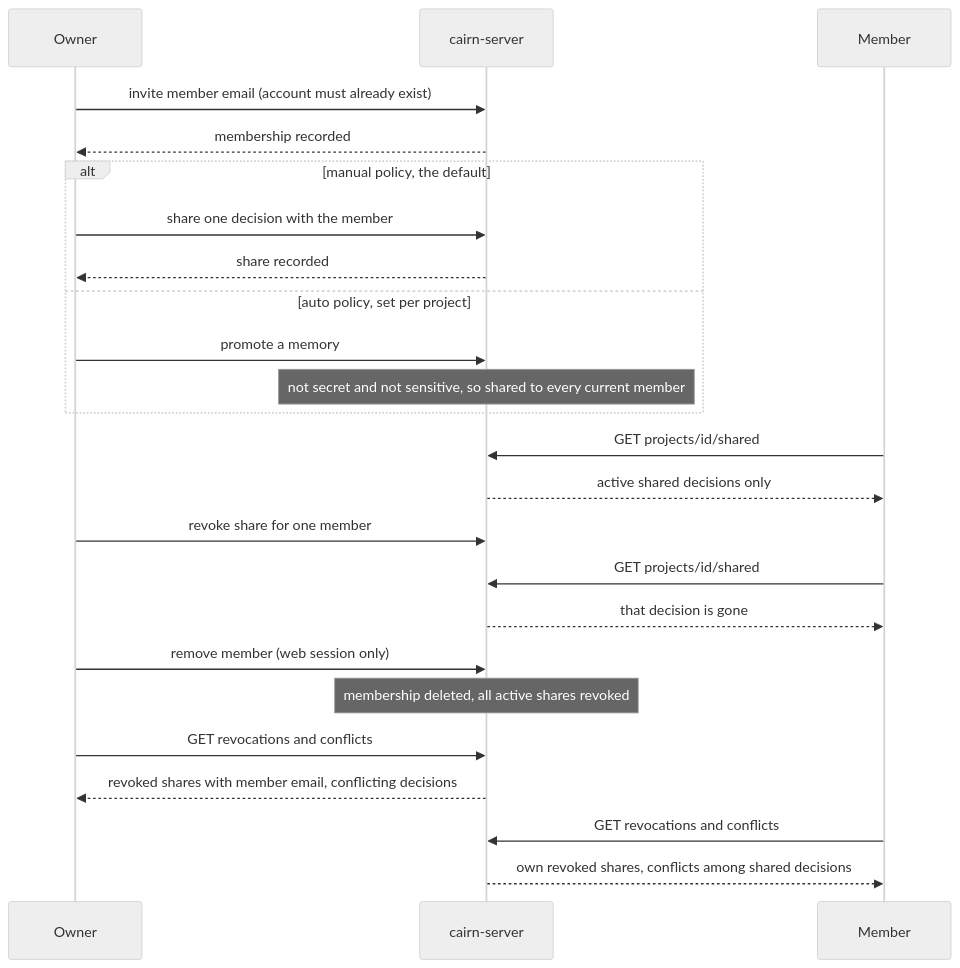
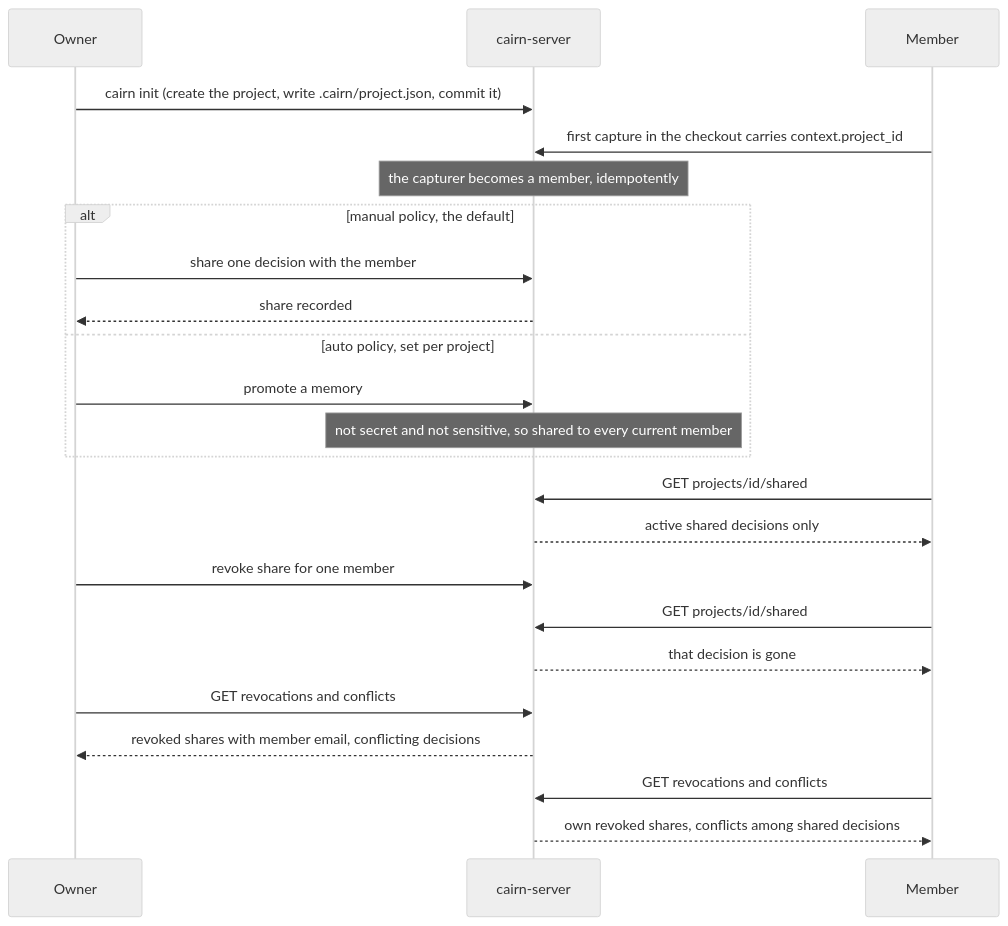
One commit to cunilab/cairn-memory changed the ninth of 17 diagrams in docs/data-flow.md. Above: the diagram before and after it, drawn with Mermaid (neutral theme). The commit also changed other lines of this file and 34 other files, not shown here.

````diff
--- a/docs/data-flow.md
+++ b/docs/data-flow.md
@@ -375,27 +375,26 @@
 ```mermaid
 sequenceDiagram
     participant Own as Owner
     participant Srv as cairn-server
     participant Mem as Member
 
-    Own->>Srv: invite member email (account must already exist)
-    Srv-->>Own: membership recorded
+    Own->>Srv: cairn init (create the project, write .cairn/project.json, commit it)
+    Mem->>Srv: first capture in the checkout carries context.project_id
+    Note over Srv: the capturer becomes a member, idempotently
     alt manual policy, the default
         Own->>Srv: share one decision with the member
         Srv-->>Own: share recorded
     else auto policy, set per project
         Own->>Srv: promote a memory
         Note over Srv: not secret and not sensitive, so shared to every current member
     end
     Mem->>Srv: GET projects/id/shared
     Srv-->>Mem: active shared decisions only
     Own->>Srv: revoke share for one member
     Mem->>Srv: GET projects/id/shared
     Srv-->>Mem: that decision is gone
-    Own->>Srv: remove member (web session only)
-    Note over Srv: membership deleted, all active shares revoked
     Own->>Srv: GET revocations and conflicts
     Srv-->>Own: revoked shares with member email, conflicting decisions
     Mem->>Srv: GET revocations and conflicts
     Srv-->>Mem: own revoked shares, conflicts among shared decisions
 ```
````
